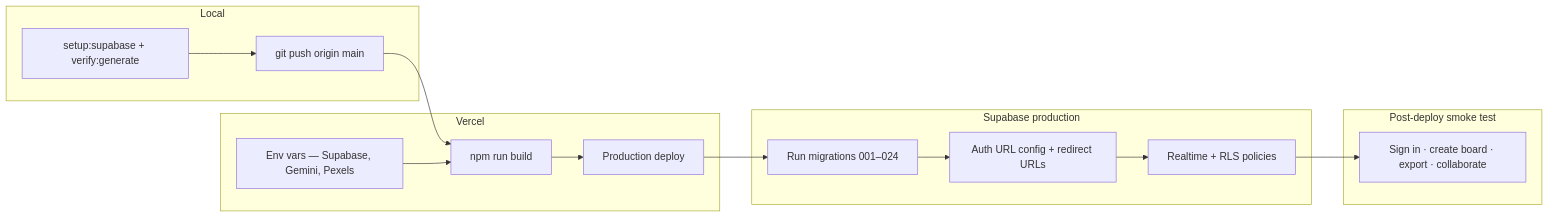
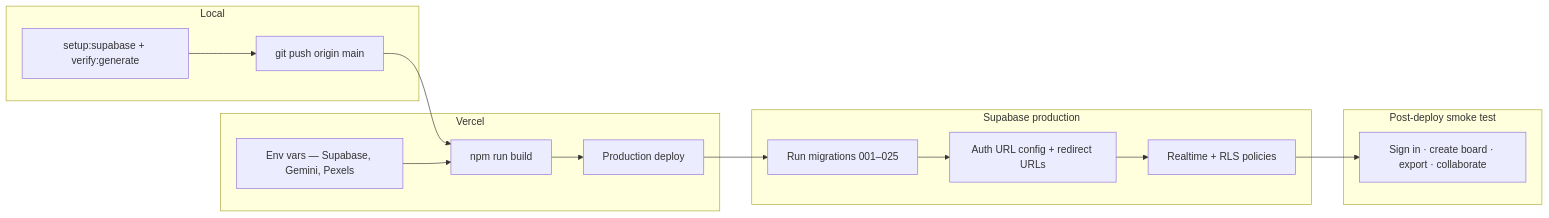
The diagram in docs/DEPLOY.md (NehangPatel23/Moodboard-AI), drawn with Mermaid before and after one commit. The commit also changed other lines of this file and 31 other files, not shown here.

````diff
--- a/docs/DEPLOY.md
+++ b/docs/DEPLOY.md
@@ -11,32 +11,32 @@
 ```mermaid
 flowchart LR
   subgraph local ["Local"]
     test["setup:supabase + verify:generate"]
     push["git push origin main"]
   end
 
   subgraph vercel ["Vercel"]
     build["npm run build"]
     env["Env vars — Supabase, Gemini, Pexels"]
     deploy["Production deploy"]
   end
 
   subgraph supabase ["Supabase production"]
-    mig["Run migrations 001–024"]
+    mig["Run migrations 001–025"]
     urls["Auth URL config + redirect URLs"]
     rt["Realtime + RLS policies"]
   end
 
   subgraph verify ["Post-deploy smoke test"]
     smoke["Sign in · create board · export · collaborate"]
   end
 
   test --> push
   push --> build
   env --> build
   build --> deploy
   deploy --> mig
   mig --> urls
   urls --> rt
   rt --> smoke
 ```
````
